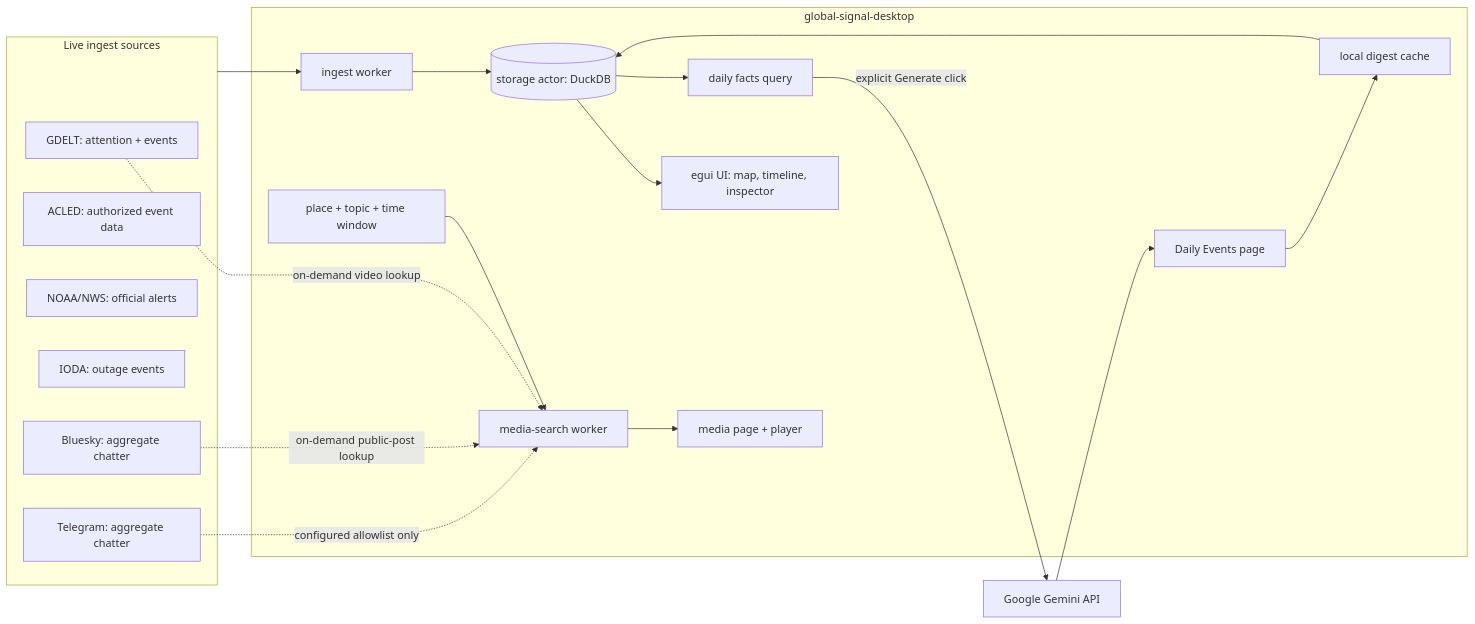
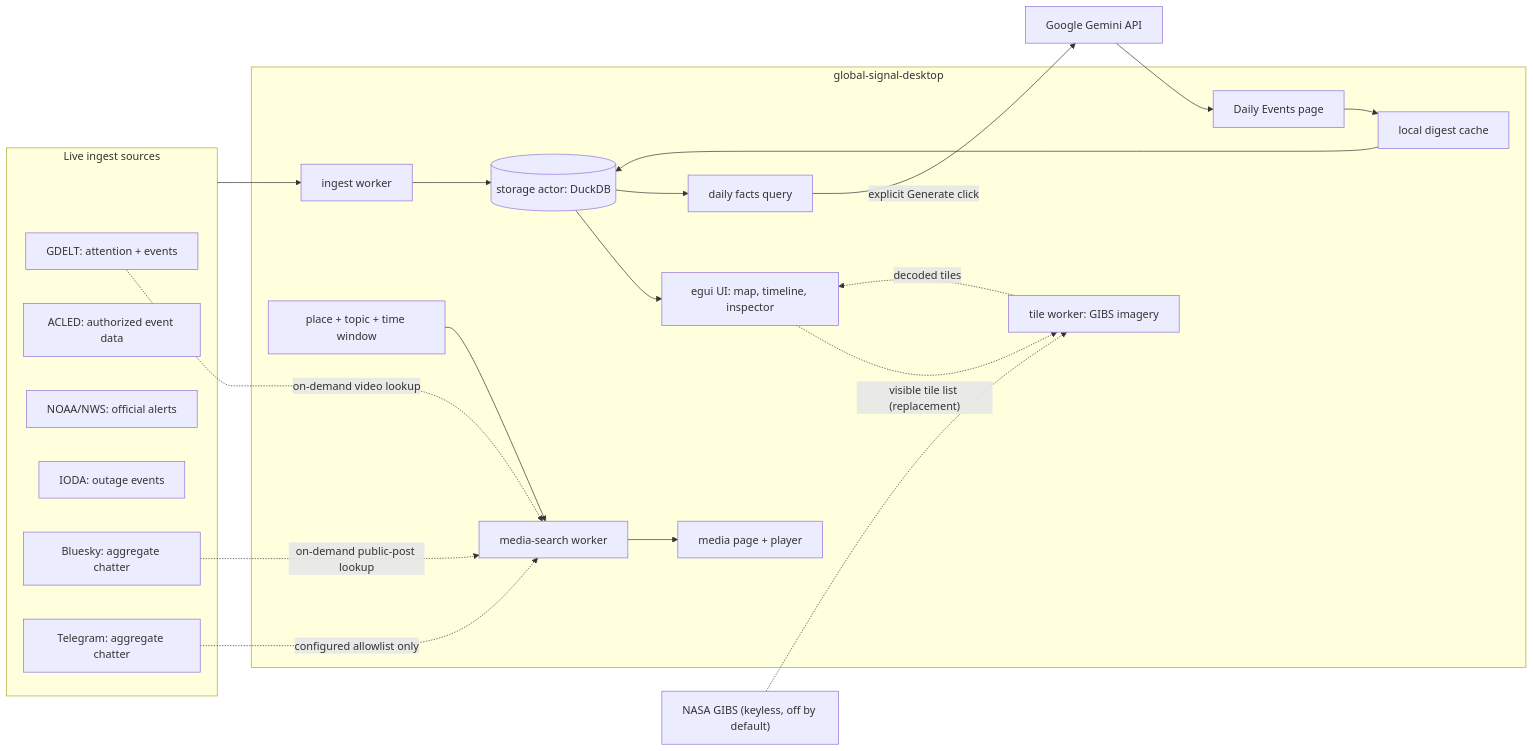
One commit to arcTanMyAngle/global_unrest changed the first of 2 diagrams in docs/ARCHITECTURE.md. Above: the diagram before and after it, drawn with Mermaid. The commit also changed other lines of this file and 18 other files, not shown here.

```diff
--- a/docs/ARCHITECTURE.md
+++ b/docs/ARCHITECTURE.md
@@ -10,35 +10,40 @@
 ~~~mermaid
 flowchart LR
     subgraph Sources["Live ingest sources"]
         GDELT["GDELT: attention + events"]
         ACLED["ACLED: authorized event data"]
         NOAA["NOAA/NWS: official alerts"]
         IODA["IODA: outage events"]
         BSKY["Bluesky: aggregate chatter"]
         TG["Telegram: aggregate chatter"]
     end
 
     subgraph App["global-signal-desktop"]
         INGEST["ingest worker"]
         UI["egui UI: map, timeline, inspector"]
         STORAGE[("storage actor: DuckDB")]
         FACTS["daily facts query"]
         DIGEST["Daily Events page"]
         CACHE["local digest cache"]
         QUERY["place + topic + time window"]
         MEDIA["media-search worker"]
         PLAYER["media page + player"]
+        TILE["tile worker: GIBS imagery"]
     end
 
     Sources --> INGEST --> STORAGE
     STORAGE --> UI
     STORAGE --> FACTS
     FACTS -->|"explicit Generate click"| GEMINI["Google Gemini API"]
     GEMINI --> DIGEST
     DIGEST --> CACHE --> STORAGE
 
     QUERY --> MEDIA --> PLAYER
     GDELT -. "on-demand video lookup" .-> MEDIA
     BSKY -. "on-demand public-post lookup" .-> MEDIA
     TG -. "configured allowlist only" .-> MEDIA
+    GIBS["NASA GIBS (keyless, off by default)"]
+    UI -. "visible tile list (replacement)" .-> TILE
+    TILE -. "decoded tiles" .-> UI
+    GIBS -.-> TILE
 ~~~
```
